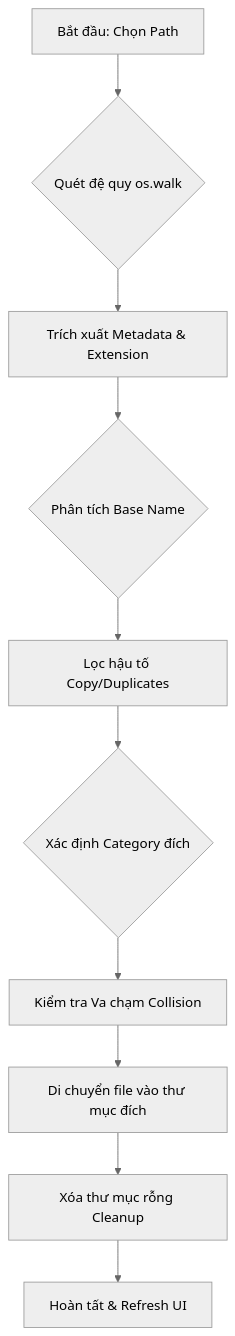
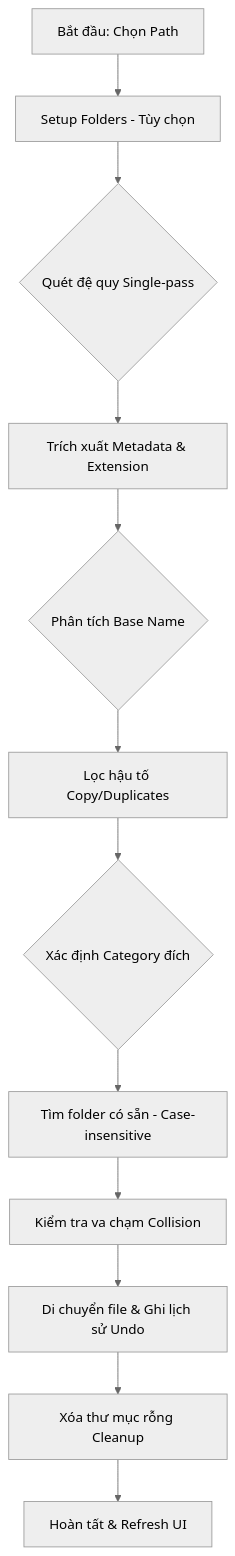
The first of 2 diagrams in README.md (Hasaoxend/NexOrganize-High-Performance-Desktop-File-Management-System), drawn with Mermaid (neutral theme) before and after one commit. The commit also changed other lines of this file, not shown here.

````diff
--- a/README.md
+++ b/README.md
@@ -12,12 +54,14 @@
 ```mermaid
 graph TD
-    A[Bắt đầu: Chọn Path] --> B{Quét đệ quy os.walk}
-    B --> C[Trích xuất Metadata & Extension]
-    C --> D{Phân tích Base Name}
-    D --> E[Lọc hậu tố Copy/Duplicates]
-    E --> F{Xác định Category đích}
-    F --> G[Kiểm tra Va chạm Collision]
-    G --> H[Di chuyển file vào thư mục đích]
-    H --> I[Xóa thư mục rỗng Cleanup]
-    I --> J[Hoàn tất & Refresh UI]
+    A[Bắt đầu: Chọn Path] --> B[Setup Folders - Tùy chọn]
+    B --> C{Quét đệ quy Single-pass}
+    C --> D[Trích xuất Metadata & Extension]
+    D --> E{Phân tích Base Name}
+    E --> F[Lọc hậu tố Copy/Duplicates]
+    F --> G{Xác định Category đích}
+    G --> H[Tìm folder có sẵn - Case-insensitive]
+    H --> I[Kiểm tra va chạm Collision]
+    I --> J[Di chuyển file & Ghi lịch sử Undo]
+    J --> K[Xóa thư mục rỗng Cleanup]
+    K --> L[Hoàn tất & Refresh UI]
 ```
````
